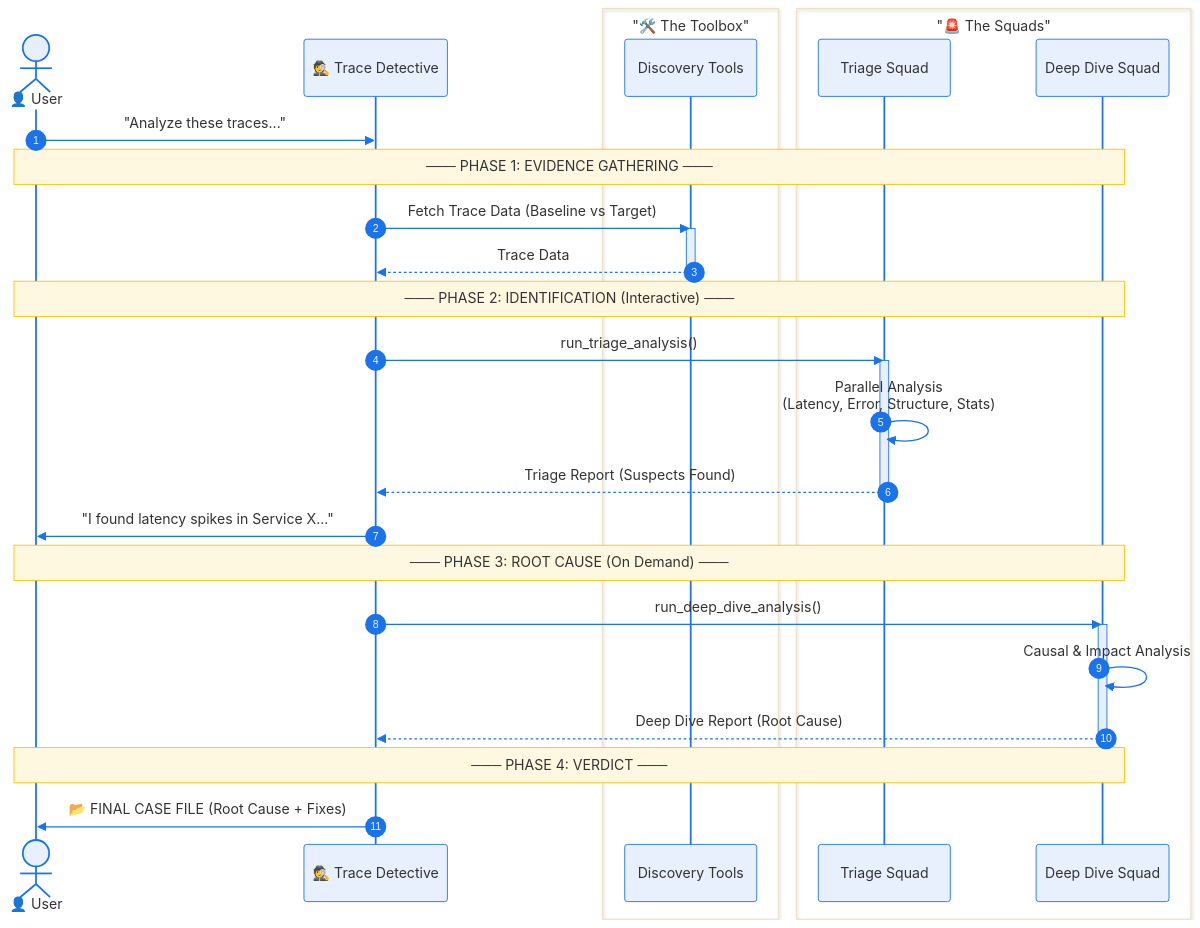
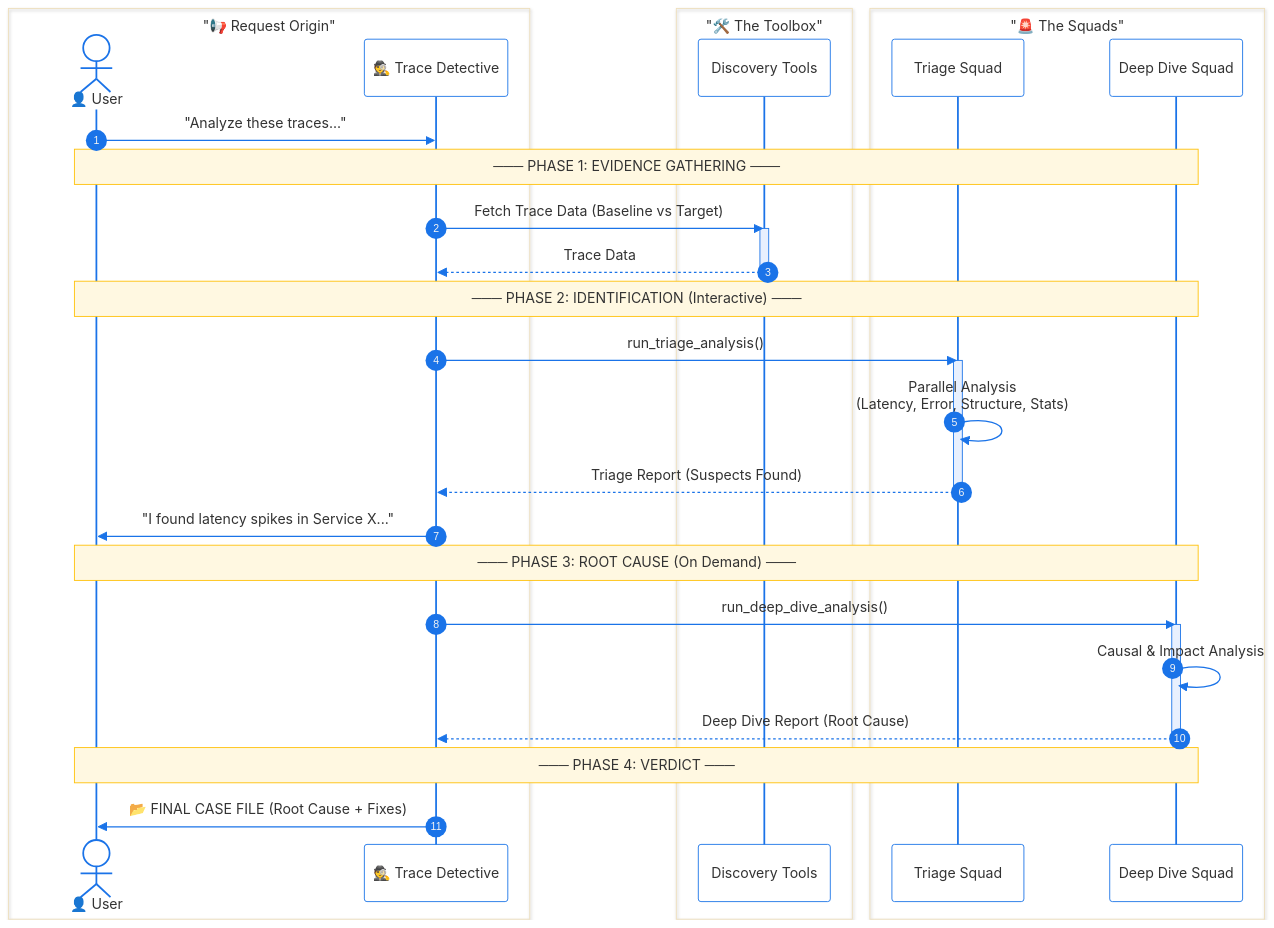
One commit to srtux/trace_analyzer changed the diagram in README.md. Above: the diagram before and after it, drawn with Mermaid.

Commit message:
docs: Update Mermaid diagram styling and add 'Request Origin' box in README.

````diff
--- a/README.md
+++ b/README.md
@@ -23,48 +23,51 @@
 ```mermaid
 sequenceDiagram
-    %%{init: {'theme': 'base', 'themeVariables': {'fontFamily': 'arial', 'fontSize': '14px', 'actorBorder': '#1A73E8', 'actorBkg': '#E8F0FE', 'signalColor': '#1A73E8', 'activationBorderColor': '#1A73E8', 'activationBkgColor': '#E8F0FE', 'noteBkgColor': '#FFF8E1', 'noteBorderColor': '#FFC107'}}}%%
+    %%{init: {'theme': 'base', 'themeVariables': {'fontFamily': 'arial', 'fontSize': '14px', 'actorBorder': '#1A73E8', 'actorBkg': '#FFFFFF', 'signalColor': '#1A73E8', 'activationBorderColor': '#1A73E8', 'activationBkgColor': '#E8F0FE', 'noteBkgColor': '#FFF8E1', 'noteBorderColor': '#FFC107'}}}%%
     
     autonumber
-    actor User as 👤 User
-    participant Root as 🕵️ Trace Detective
+    
+    box "📢 Request Origin" #E3F2FD
+        actor User as 👤 User
+        participant Root as 🕵️ Trace Detective
+    end
     
     box "🛠️ The Toolbox" #F1F3F4
         participant Tools as Discovery Tools
     end
     
-    box "🚨 The Squads" #FEF7E0
+    box "🚨 The Squads" #FFF3E0
         participant S1 as Triage Squad
         participant S2 as Deep Dive Squad
     end
 
     User->>Root: "Analyze these traces..."
     
     Note over User, S2: ─── PHASE 1: EVIDENCE GATHERING ───
     
     Root->>Tools: Fetch Trace Data (Baseline vs Target)
     activate Tools
     Tools-->>Root: Trace Data
     deactivate Tools
 
     Note over User, S2: ─── PHASE 2: IDENTIFICATION (Interactive) ───
     
     Root->>S1: run_triage_analysis()
     activate S1
     S1->>S1: Parallel Analysis<br/>(Latency, Error, Structure, Stats)
     S1-->>Root: Triage Report (Suspects Found)
     deactivate S1
     
     Root->>User: "I found latency spikes in Service X..."
 
     Note over User, S2: ─── PHASE 3: ROOT CAUSE (On Demand) ───
     
     Root->>S2: run_deep_dive_analysis()
     activate S2
     S2->>S2: Causal & Impact Analysis
     S2-->>Root: Deep Dive Report (Root Cause)
     deactivate S2
 
     Note over User, S2: ─── PHASE 4: VERDICT ───
     
     Root->>User: 📂 FINAL CASE FILE (Root Cause + Fixes)
 ```
````
